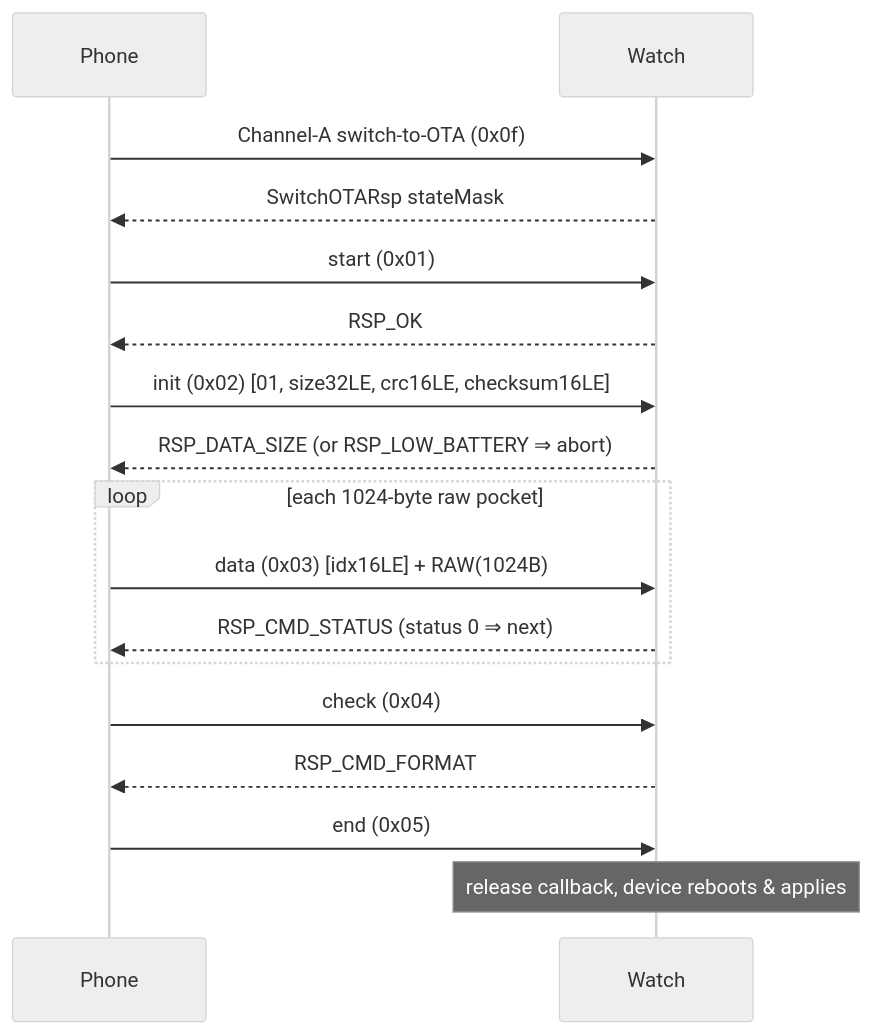
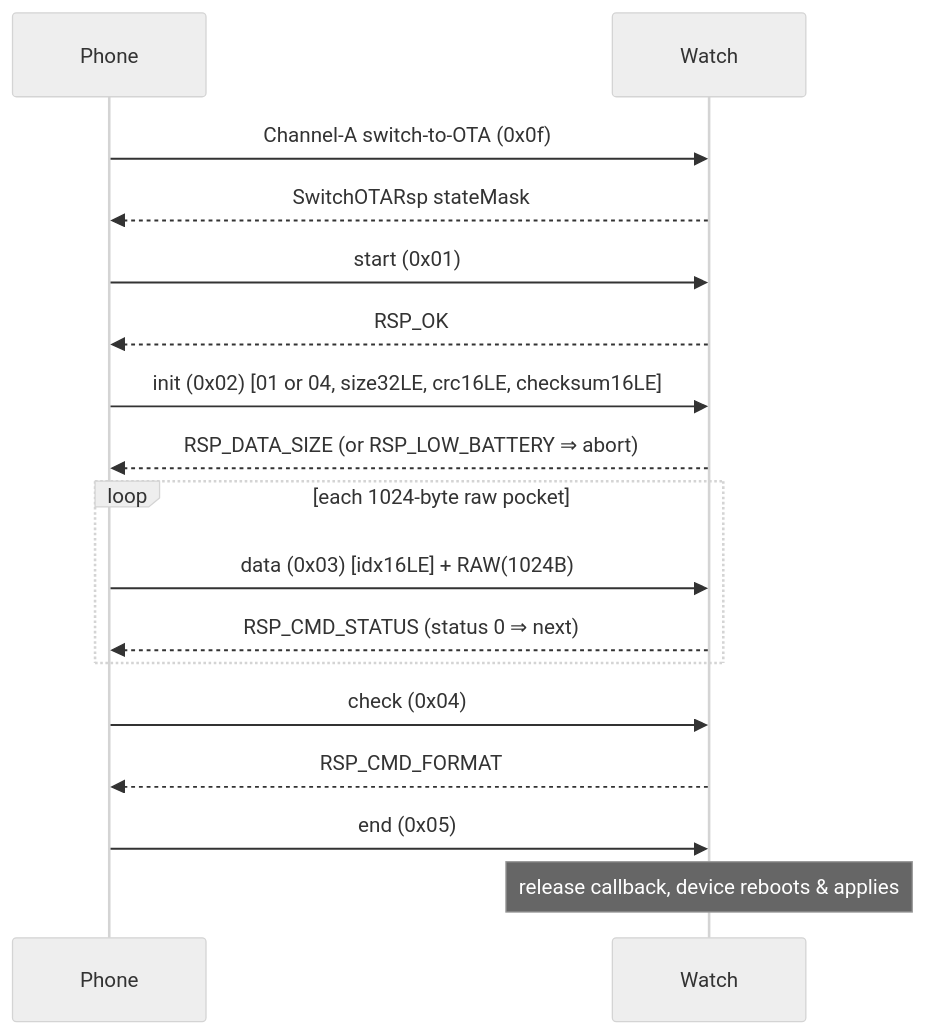
The third of 3 diagrams in PROTOCOL.md (denysvitali/openwatch), drawn with Mermaid (neutral theme) before and after one commit. The commit also changed other lines of this file and 4 other files, not shown here.

````diff
--- a/PROTOCOL.md
+++ b/PROTOCOL.md
@@ -513,20 +548,20 @@
 ```mermaid
 sequenceDiagram
     participant P as Phone
     participant W as Watch
 
     P->>W: Channel-A switch-to-OTA (0x0f)
     W-->>P: SwitchOTARsp stateMask
     P->>W: start (0x01)
     W-->>P: RSP_OK
-    P->>W: init (0x02) [01, size32LE, crc16LE, checksum16LE]
+    P->>W: init (0x02) [01 or 04, size32LE, crc16LE, checksum16LE]
     W-->>P: RSP_DATA_SIZE (or RSP_LOW_BATTERY ⇒ abort)
     loop each 1024-byte raw pocket
         P->>W: data (0x03) [idx16LE] + RAW(1024B)
         W-->>P: RSP_CMD_STATUS (status 0 ⇒ next)
     end
     P->>W: check (0x04)
     W-->>P: RSP_CMD_FORMAT
     P->>W: end (0x05)
     Note over W: release callback, device reboots & applies
 ```
````
